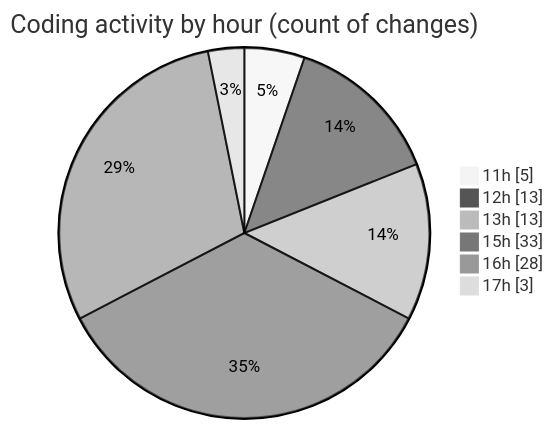
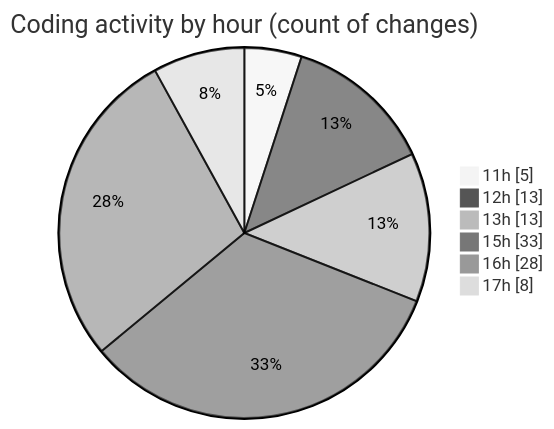
Before and after one commit to nxtqubesakshisongat/code-tracking: the second of 2 diagrams in 2025-08-06/nxtqube_webapp/README.md, drawn with Mermaid (neutral theme). The commit also changed other lines of this file and 1 other file, not shown here.

````diff
--- a/2025-08-06/nxtqube_webapp/README.md
+++ b/2025-08-06/nxtqube_webapp/README.md
@@ -41,10 +41,10 @@
 ```mermaid
 pie showData
 title Coding activity by hour (count of changes)
 "11h" : 5
 "12h" : 13
 "13h" : 13
 "15h" : 33
 "16h" : 28
-"17h" : 3
+"17h" : 8
 ```
````
